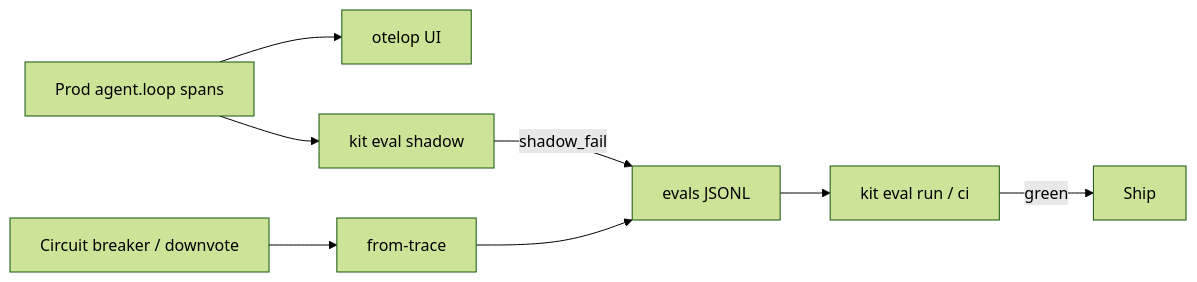
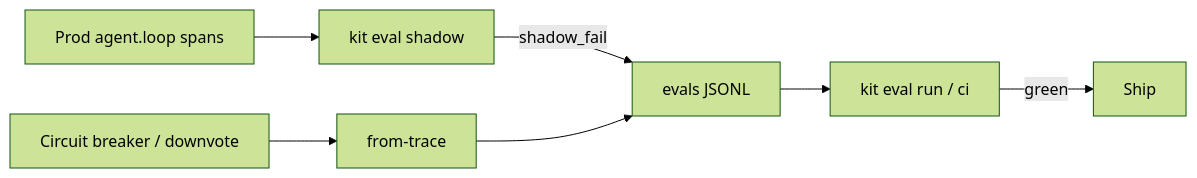
The diagram in SOPs/edd-production-telemetry.md (mzworthington/agent-lifecycle-kit), drawn with Mermaid (forest theme) before and after one commit. The commit also changed other lines of this file and 8 other files, not shown here.

First line of the commit message:
chore(edd): remove otelop demo shell, keep closed-loop kit spans

````diff
--- a/SOPs/edd-production-telemetry.md
+++ b/SOPs/edd-production-telemetry.md
@@ -64,10 +50,9 @@
 ```mermaid
 flowchart LR
-  prod[Prod agent.loop spans] --> otelop[otelop UI]
-  prod --> shadow[kit eval shadow]
+  prod[Prod agent.loop spans] --> shadow[kit eval shadow]
   shadow -->|shadow_fail| jsonl[evals JSONL]
   miss[Circuit breaker / downvote] --> fromTrace[from-trace]
   fromTrace --> jsonl
   jsonl --> ci[kit eval run / ci]
   ci -->|green| ship[Ship]
 ```
````
